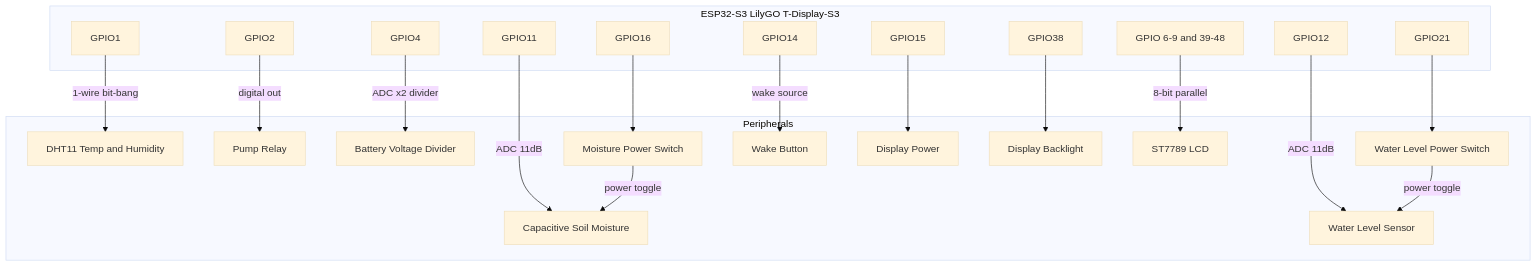
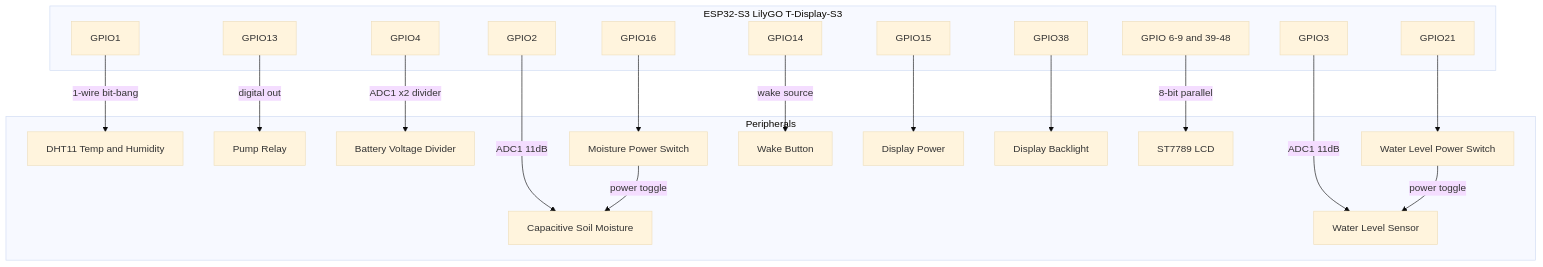
The diagram in README.md (psytraxx/esp32-homecontrol-no-std-rs), drawn with Mermaid (base theme) before and after one commit. The commit also changed 5 other files, not shown here.

````diff
--- a/README.md
+++ b/README.md
@@ -18,44 +18,44 @@
 ```mermaid
 graph TD
     subgraph MCU [ESP32-S3 LilyGO T-Display-S3]
         G1[GPIO1]
         G2[GPIO2]
+        G3[GPIO3]
         G4[GPIO4]
-        G11[GPIO11]
-        G12[GPIO12]
+        G13[GPIO13]
         G14[GPIO14]
         G15[GPIO15]
         G16[GPIO16]
         G21[GPIO21]
         G38[GPIO38]
         GDISP[GPIO 6-9 and 39-48]
     end
 
     subgraph PERIPH [Peripherals]
         DHT[DHT11 Temp and Humidity]
         RELAY[Pump Relay]
         BATT[Battery Voltage Divider]
         MOIST[Capacitive Soil Moisture]
         MPWR[Moisture Power Switch]
         WATER[Water Level Sensor]
         WPWR[Water Level Power Switch]
         BTN[Wake Button]
         DPWR[Display Power]
         BL[Display Backlight]
         LCD[ST7789 LCD]
     end
 
     G1  -->|1-wire bit-bang| DHT
-    G2  -->|digital out| RELAY
-    G4  -->|ADC x2 divider| BATT
-    G11 -->|ADC 11dB| MOIST
+    G13 -->|digital out| RELAY
+    G4  -->|ADC1 x2 divider| BATT
+    G2  -->|ADC1 11dB| MOIST
     G16 --> MPWR
     MPWR -->|power toggle| MOIST
-    G12 -->|ADC 11dB| WATER
+    G3  -->|ADC1 11dB| WATER
     G21 --> WPWR
     WPWR -->|power toggle| WATER
     G14 -->|wake source| BTN
     G15 --> DPWR
     G38 --> BL
     GDISP -->|8-bit parallel| LCD
 ```
````
